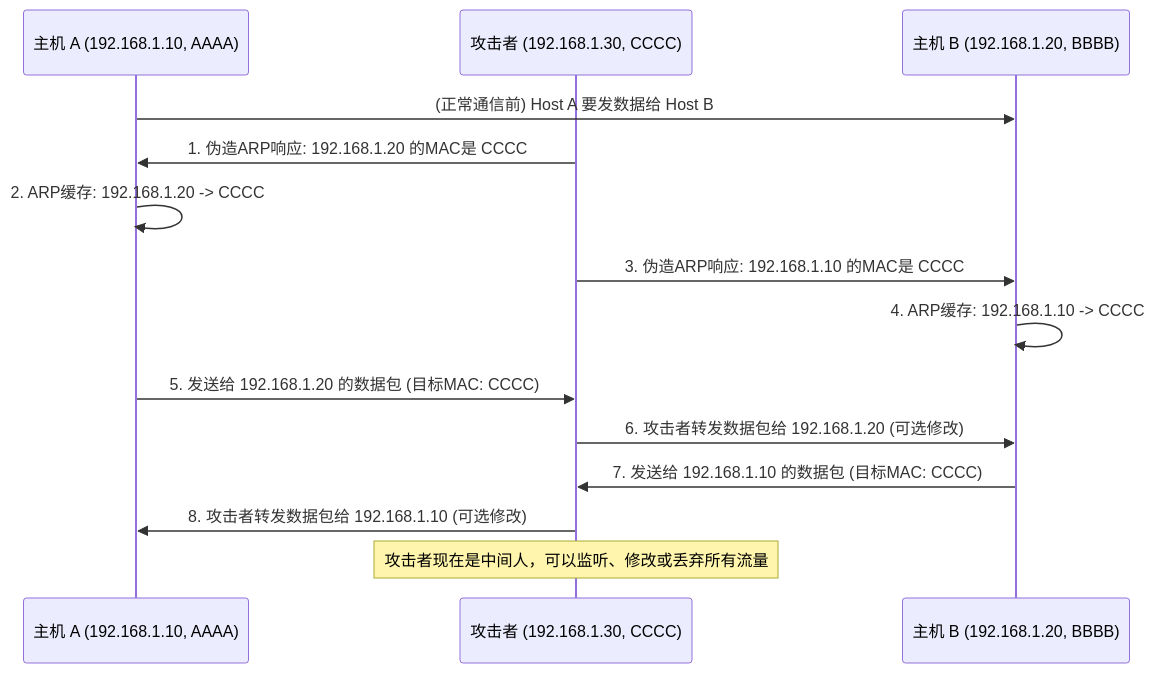
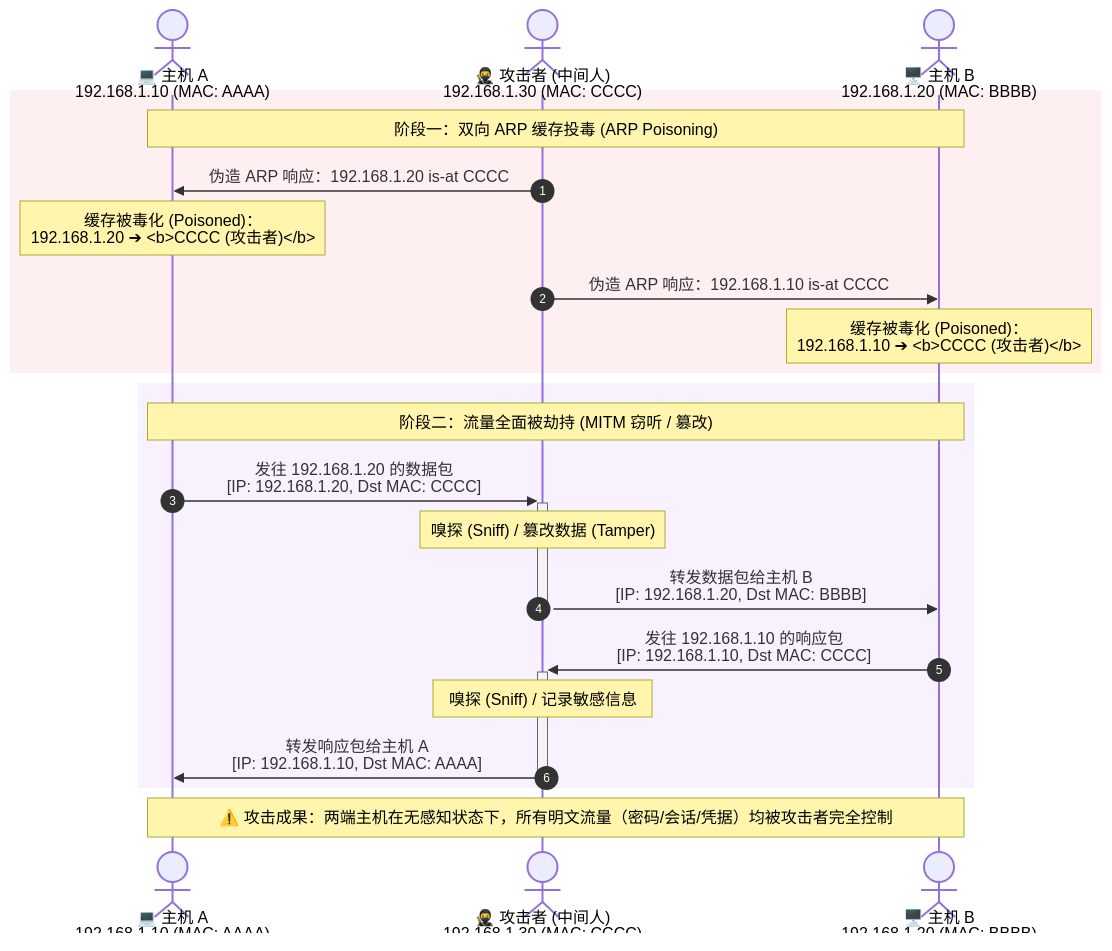
The second of 2 diagrams in source/_posts/2024/2024-01-31_ARP (Address Resolution Protocol) 详解.md (teatang/t-blog), drawn with Mermaid before and after one commit. The commit also changed other lines of this file and 7 other files, not shown here.

```diff
--- a/source/_posts/2024/2024-01-31_ARP (Address Resolution Protocol) 详解.md
+++ b/source/_posts/2024/2024-01-31_ARP (Address Resolution Protocol) 详解.md
@@ -133,19 +146,31 @@
 {% mermaid %}
 sequenceDiagram
-    participant HostA as 主机 A (192.168.1.10, AAAA)
-    participant Attacker as 攻击者 (192.168.1.30, CCCC)
-    participant HostB as 主机 B (192.168.1.20, BBBB)
+    autonumber
+    actor HostA as 💻 主机 A<br/>192.168.1.10 (MAC: AAAA)
+    actor Attacker as 🥷 攻击者 (中间人)<br/>192.168.1.30 (MAC: CCCC)
+    actor HostB as 🖥️ 主机 B<br/>192.168.1.20 (MAC: BBBB)
 
-    HostA->>HostB: (正常通信前) Host A 要发数据给 Host B
-    Attacker->>HostA: 1. 伪造ARP响应: 192.168.1.20 的MAC是 CCCC
-    HostA->>HostA: 2. ARP缓存: 192.168.1.20 -> CCCC
-    Attacker->>HostB: 3. 伪造ARP响应: 192.168.1.10 的MAC是 CCCC
-    HostB->>HostB: 4. ARP缓存: 192.168.1.10 -> CCCC
+    rect rgba(239, 68, 68, 0.08)
+        Note over HostA,HostB: 阶段一：双向 ARP 缓存投毒 (ARP Poisoning)
+        Attacker->>HostA: 伪造 ARP 响应：192.168.1.20 is-at CCCC
+        Note over HostA: 缓存被毒化 (Poisoned)：<br/>192.168.1.20 ➔ <b>CCCC (攻击者)</b>
 
-    HostA->>Attacker: 5. 发送给 192.168.1.20 的数据包 (目标MAC: CCCC)
-    Attacker->>HostB: 6. 攻击者转发数据包给 192.168.1.20 (可选修改)
-    HostB->>Attacker: 7. 发送给 192.168.1.10 的数据包 (目标MAC: CCCC)
-    Attacker->>HostA: 8. 攻击者转发数据包给 192.168.1.10 (可选修改)
+        Attacker->>HostB: 伪造 ARP 响应：192.168.1.10 is-at CCCC
+        Note over HostB: 缓存被毒化 (Poisoned)：<br/>192.168.1.10 ➔ <b>CCCC (攻击者)</b>
+    end
 
-    Note over Attacker: 攻击者现在是中间人，可以监听、修改或丢弃所有流量
+    rect rgba(168, 85, 247, 0.08)
+        Note over HostA,HostB: 阶段二：流量全面被劫持 (MITM 窃听 / 篡改)
+        HostA->>+Attacker: 发往 192.168.1.20 的数据包<br/>[IP: 192.168.1.20, Dst MAC: CCCC]
+        Note over Attacker: 嗅探 (Sniff) / 篡改数据 (Tamper)
+        Attacker->>HostB: 转发数据包给主机 B<br/>[IP: 192.168.1.20, Dst MAC: BBBB]
+        deactivate Attacker
+
+        HostB->>+Attacker: 发往 192.168.1.10 的响应包<br/>[IP: 192.168.1.10, Dst MAC: CCCC]
+        Note over Attacker: 嗅探 (Sniff) / 记录敏感信息
+        Attacker->>HostA: 转发响应包给主机 A<br/>[IP: 192.168.1.10, Dst MAC: AAAA]
+        deactivate Attacker
+    end
+
+    Note over HostA,HostB: ⚠️ 攻击成果：两端主机在无感知状态下，所有明文流量（密码/会话/凭据）均被攻击者完全控制
 {% endmermaid %}
```
